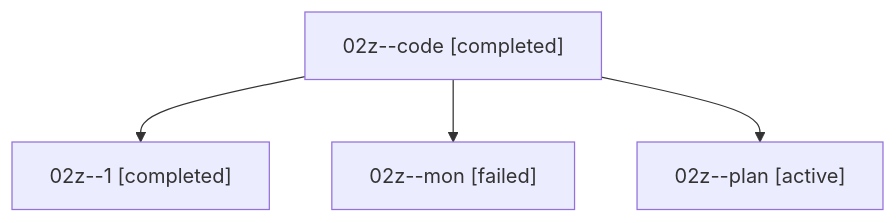
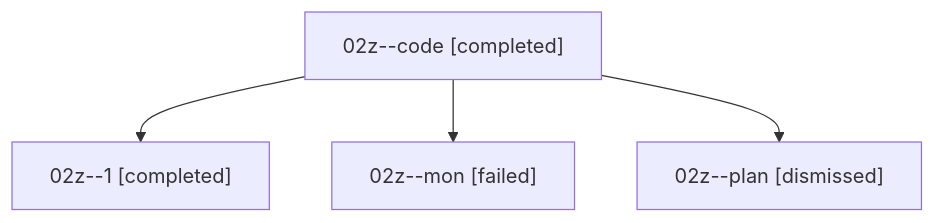
One commit to sase-org/sase--agents changed the diagram in sessions/bbugyi200.athena.02z.md. Above: the diagram before and after it, drawn with Mermaid. The commit also changed other lines of this file and 22 other files, not shown here.

````diff
--- a/sessions/bbugyi200.athena.02z.md
+++ b/sessions/bbugyi200.athena.02z.md
@@ -9,10 +9,10 @@
 ```mermaid
 flowchart TD
   n0["02z--code [completed]"]
   n1["02z--1 [completed]"]
   n0 --> n1
   n2["02z--mon [failed]"]
   n0 --> n2
-  n3["02z--plan [active]"]
+  n3["02z--plan [dismissed]"]
   n0 --> n3
 ```
````
